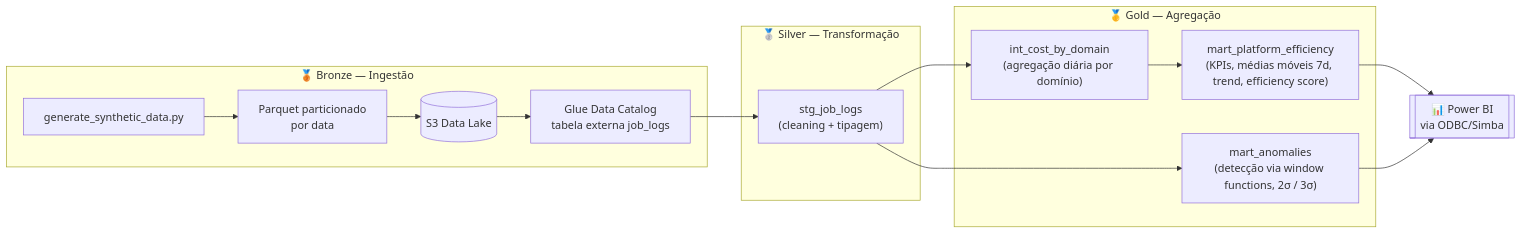
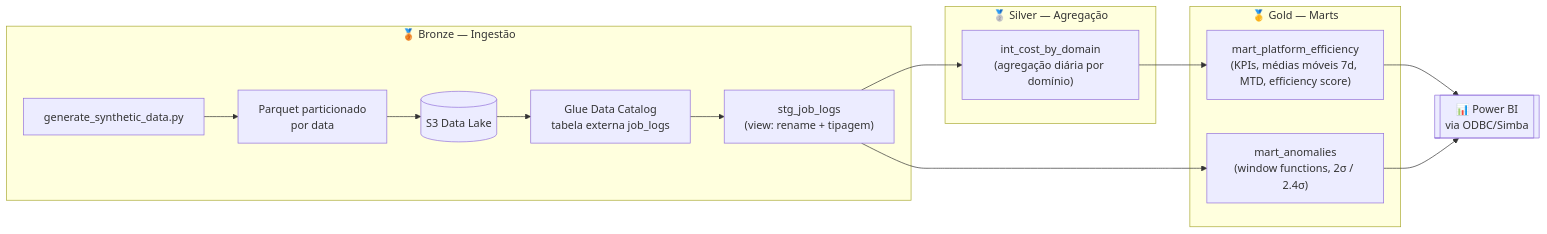
Before and after one commit to dataforgebr-edu/food-delivery-cost-monitor: the first of 2 diagrams in README.md, drawn with Mermaid. The commit also changed other lines of this file and 5 other files, not shown here.

````diff
--- a/README.md
+++ b/README.md
@@ -62,21 +69,21 @@
 ```mermaid
 flowchart LR
     subgraph Ingestao["🥉 Bronze — Ingestão"]
         A[generate_synthetic_data.py] --> B[Parquet particionado<br/>por data]
         B --> C[(S3 Data Lake)]
         C --> D[Glue Data Catalog<br/>tabela externa job_logs]
+        D --> E["stg_job_logs<br/>(view: rename + tipagem)"]
     end
 
-    subgraph Transformacao["🥈 Silver — Transformação"]
-        D --> E["stg_job_logs<br/>(cleaning + tipagem)"]
+    subgraph Transformacao["🥈 Silver — Agregação"]
+        E --> F["int_cost_by_domain<br/>(agregação diária por domínio)"]
     end
 
-    subgraph Agregacao["🥇 Gold — Agregação"]
-        E --> F["int_cost_by_domain<br/>(agregação diária por domínio)"]
-        F --> G["mart_platform_efficiency<br/>(KPIs, médias móveis 7d, trend, efficiency score)"]
-        E --> H["mart_anomalies<br/>(detecção via window functions, 2σ / 3σ)"]
+    subgraph Agregacao["🥇 Gold — Marts"]
+        F --> G["mart_platform_efficiency<br/>(KPIs, médias móveis 7d, MTD, efficiency score)"]
+        E --> H["mart_anomalies<br/>(window functions, 2σ / 2.4σ)"]
     end
 
     G --> I[["📊 Power BI<br/>via ODBC/Simba"]]
     H --> I
 ```
````
